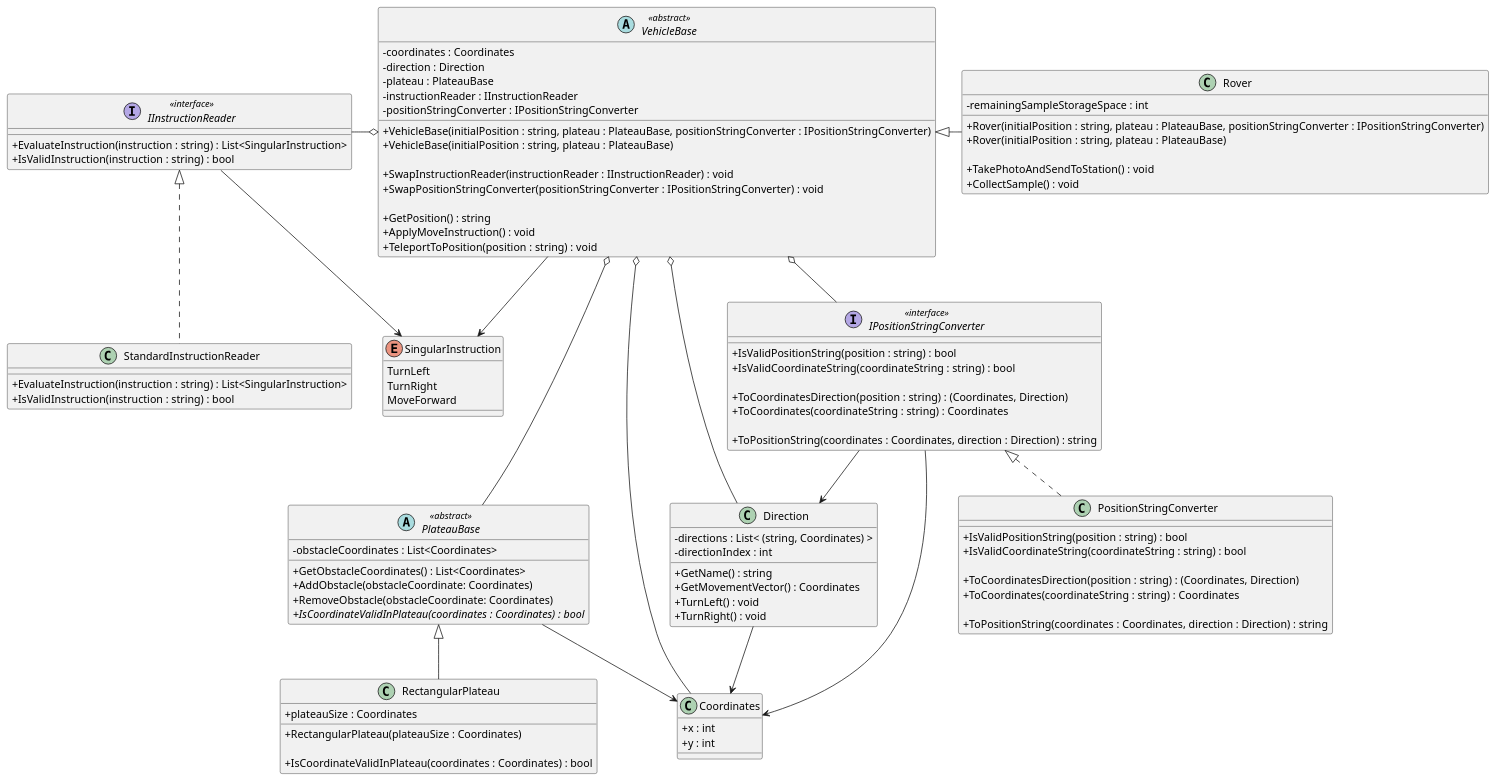
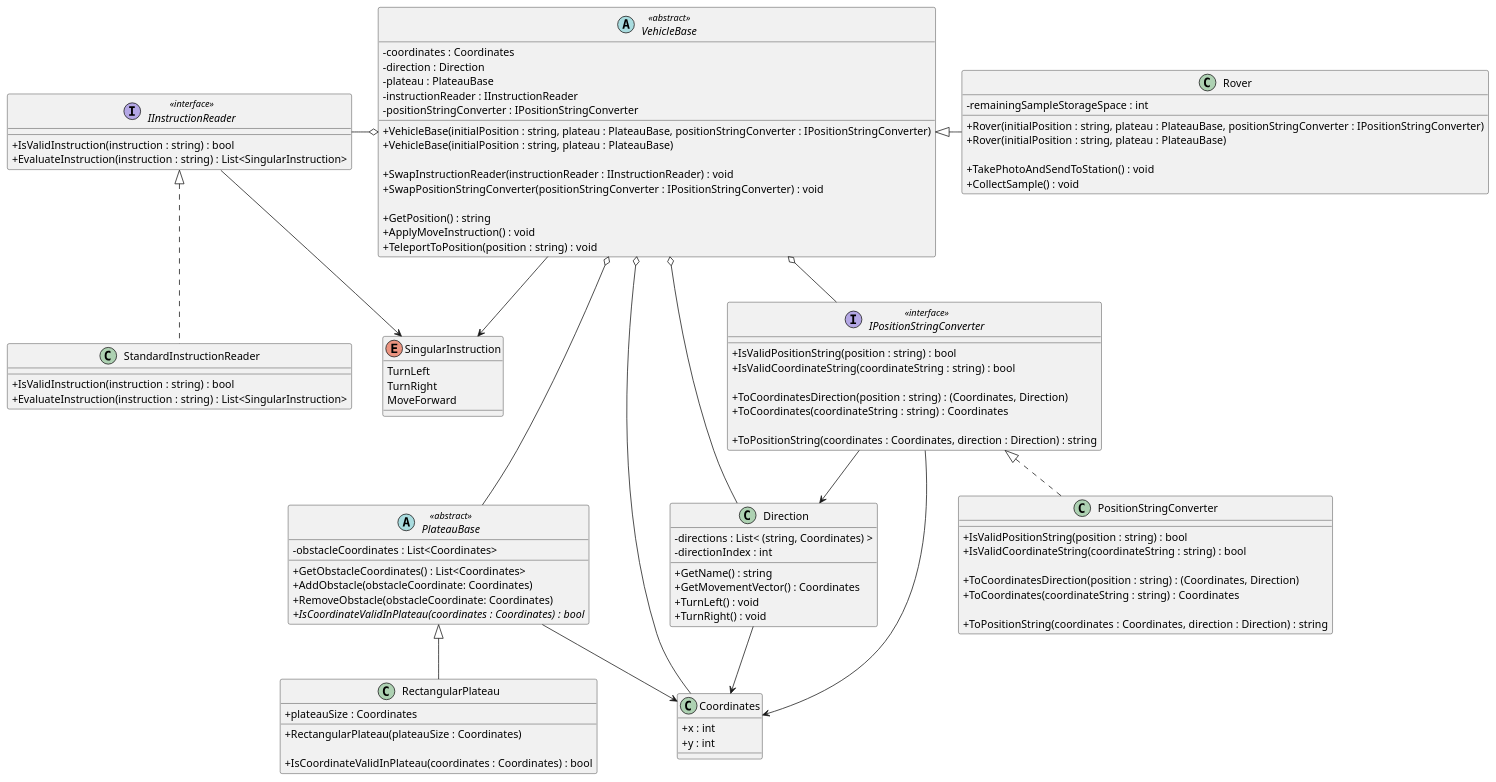
Before and after one commit to iamfranco/MarsRoverChallenge: the diagram in puml/MarsRoverChallenge.puml, drawn with PlantUML. The commit also changed other lines of this file and 1 other file, not shown here.

Commit message:
UML: reorder methods in StandardInstructionReader class and IInstructionReader interface

```diff
--- a/puml/MarsRoverChallenge.puml
+++ b/puml/MarsRoverChallenge.puml
@@ -1,132 +1,132 @@
 @startuml "Mars Rover Challenge"
 skinparam classAttributeIconSize 0
 
 interface IInstructionReader <<interface>>
 {
+  + IsValidInstruction(instruction : string) : bool
   + EvaluateInstruction(instruction : string) : List<SingularInstruction>
-  + IsValidInstruction(instruction : string) : bool
 }
 
 enum SingularInstruction
 {
   TurnLeft
   TurnRight
   MoveForward
 }
 
 class StandardInstructionReader
 {
+  + IsValidInstruction(instruction : string) : bool
   + EvaluateInstruction(instruction : string) : List<SingularInstruction>
-  + IsValidInstruction(instruction : string) : bool
 }
 
 abstract PlateauBase <<abstract>>
 {
   - obstacleCoordinates : List<Coordinates>
 
   + GetObstacleCoordinates() : List<Coordinates>
   + AddObstacle(obstacleCoordinate: Coordinates)
   + RemoveObstacle(obstacleCoordinate: Coordinates)
   {abstract} + IsCoordinateValidInPlateau(coordinates : Coordinates) : bool
 }
 
 class RectangularPlateau
 {
   + plateauSize : Coordinates
 
   + RectangularPlateau(plateauSize : Coordinates)
 
   + IsCoordinateValidInPlateau(coordinates : Coordinates) : bool
 }
 
 class Coordinates
 {
   + x : int
   + y : int
 }
 
 class Direction
 {
   - directions : List< &#40;string, Coordinates&#41; >
   - directionIndex : int
 
   + GetName() : string
   + GetMovementVector() : Coordinates
   + TurnLeft() : void
   + TurnRight() : void
 }
 
 interface IPositionStringConverter <<interface>>
 {
   + IsValidPositionString(position : string) : bool
   + IsValidCoordinateString(coordinateString : string) : bool
 
   + ToCoordinatesDirection(position : string) : (Coordinates, Direction)
   + ToCoordinates(coordinateString : string) : Coordinates
 
   + ToPositionString(coordinates : Coordinates, direction : Direction) : string
 }
 
 class PositionStringConverter
 {
   + IsValidPositionString(position : string) : bool
   + IsValidCoordinateString(coordinateString : string) : bool
 
   + ToCoordinatesDirection(position : string) : (Coordinates, Direction)
   + ToCoordinates(coordinateString : string) : Coordinates
 
   + ToPositionString(coordinates : Coordinates, direction : Direction) : string
 }
 
 abstract VehicleBase <<abstract>>
 {
   - coordinates : Coordinates
   - direction : Direction
   - plateau : PlateauBase
   - instructionReader : IInstructionReader
   - positionStringConverter : IPositionStringConverter
 
   + VehicleBase(initialPosition : string, plateau : PlateauBase, positionStringConverter : IPositionStringConverter)
   + VehicleBase(initialPosition : string, plateau : PlateauBase)
 
   + SwapInstructionReader(instructionReader : IInstructionReader) : void
   + SwapPositionStringConverter(positionStringConverter : IPositionStringConverter) : void
   
   + GetPosition() : string
   + ApplyMoveInstruction() : void
   + TeleportToPosition(position : string) : void
 }
 
 class Rover
 {
   - remainingSampleStorageSpace : int
 
   + Rover(initialPosition : string, plateau : PlateauBase, positionStringConverter : IPositionStringConverter)
   + Rover(initialPosition : string, plateau : PlateauBase)
 
   + TakePhotoAndSendToStation() : void
   + CollectSample() : void
 }
 
 IInstructionReader -> SingularInstruction
 IInstructionReader <|.. StandardInstructionReader 
 PlateauBase <|-- RectangularPlateau
 
 IPositionStringConverter <|.. PositionStringConverter
 
 VehicleBase <|-r- Rover
 
 PlateauBase --> Coordinates
 Direction --> Coordinates
 IPositionStringConverter --> Coordinates
 IPositionStringConverter --> Direction
 
 VehicleBase o-- Coordinates
 VehicleBase o-- Direction
 VehicleBase o--- PlateauBase
 VehicleBase o-l IInstructionReader
 VehicleBase o-- IPositionStringConverter
 
 VehicleBase --> SingularInstruction
 
 @enduml
```
